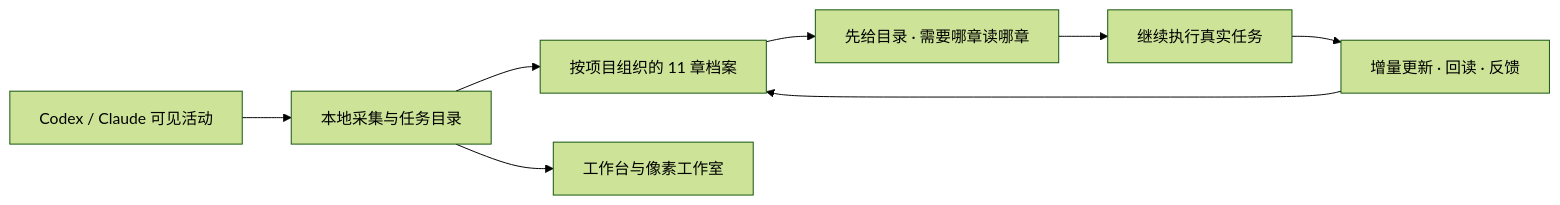
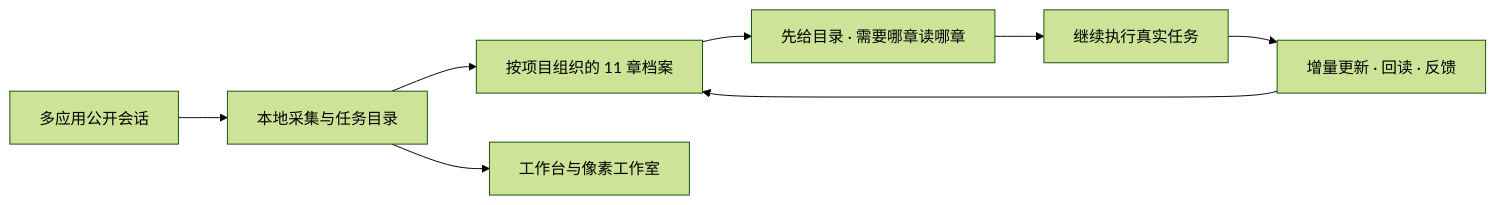
The diagram in README.md (ginsonko/ap-vibe), drawn with Mermaid (forest theme) before and after one commit. The commit also changed other lines of this file and 57 other files, not shown here.

```diff
--- a/README.md
+++ b/README.md
@@ -119,10 +123,10 @@
 ~~~mermaid
 flowchart LR
-  A[Codex / Claude 可见活动] --> B[本地采集与任务目录]
+  A[多应用公开会话] --> B[本地采集与任务目录]
   B --> C[按项目组织的 11 章档案]
   C --> D[先给目录 · 需要哪章读哪章]
   D --> E[继续执行真实任务]
   E --> F[增量更新 · 回读 · 反馈]
   F --> C
   B --> G[工作台与像素工作室]
 ~~~
```
